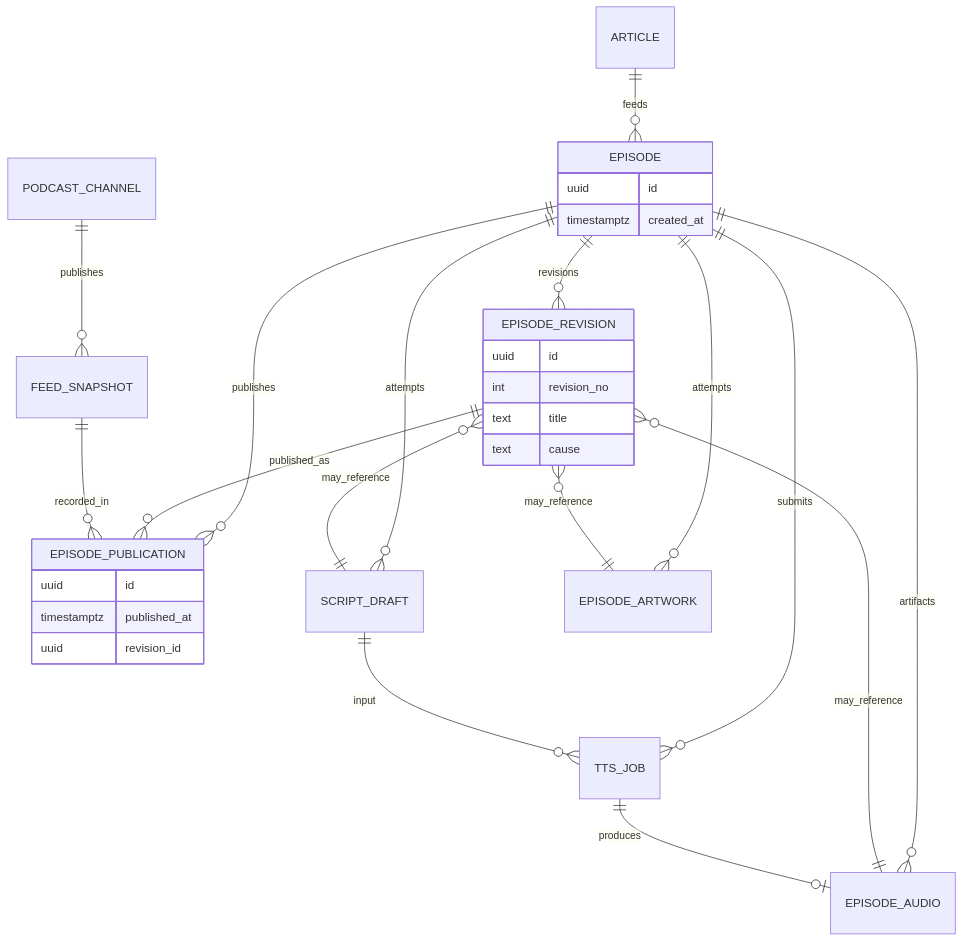
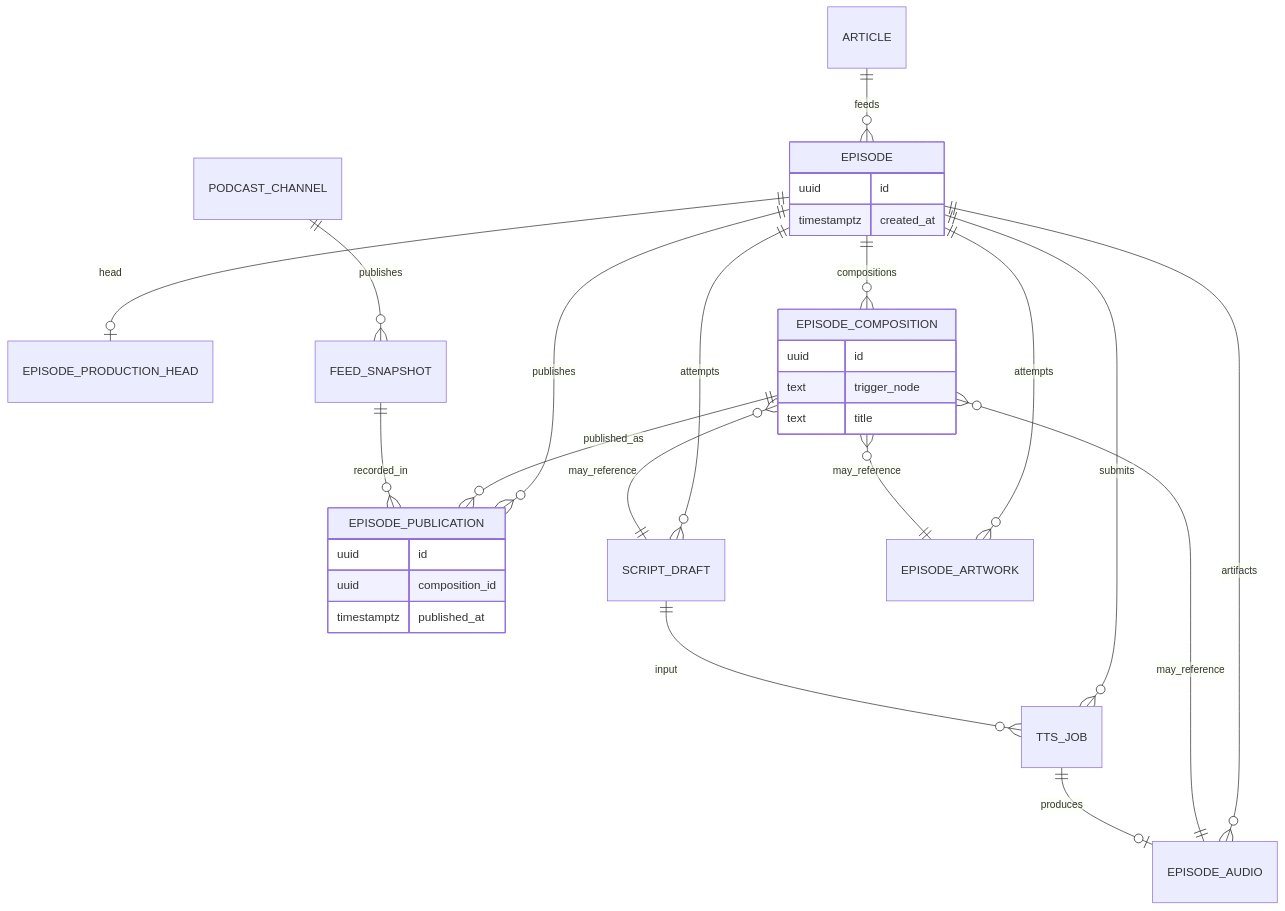
One commit to hskksk/podcaster changed the diagram in docs/architecture/podcast-craft-target-model.md. Above: the diagram before and after it, drawn with Mermaid. The commit also changed other lines of this file and 2 other files, not shown here.

Commit message:
docs(architecture): model episode production as DAG and composition

````diff
--- a/docs/architecture/podcast-craft-target-model.md
+++ b/docs/architecture/podcast-craft-target-model.md
@@ -275,36 +274,36 @@
 ```mermaid
 erDiagram
   ARTICLE ||--o{ EPISODE : feeds
-  EPISODE ||--o{ EPISODE_REVISION : revisions
+  EPISODE ||--o| EPISODE_PRODUCTION_HEAD : head
+  EPISODE ||--o{ EPISODE_COMPOSITION : compositions
   EPISODE ||--o{ EPISODE_PUBLICATION : publishes
   EPISODE ||--o{ SCRIPT_DRAFT : attempts
   EPISODE ||--o{ EPISODE_ARTWORK : attempts
   EPISODE ||--o{ TTS_JOB : submits
   EPISODE ||--o{ EPISODE_AUDIO : artifacts
-  EPISODE_REVISION }o--|| SCRIPT_DRAFT : may_reference
-  EPISODE_REVISION }o--|| EPISODE_AUDIO : may_reference
-  EPISODE_REVISION }o--|| EPISODE_ARTWORK : may_reference
-  EPISODE_REVISION ||--o{ EPISODE_PUBLICATION : published_as
+  EPISODE_COMPOSITION }o--|| SCRIPT_DRAFT : may_reference
+  EPISODE_COMPOSITION }o--|| EPISODE_AUDIO : may_reference
+  EPISODE_COMPOSITION }o--|| EPISODE_ARTWORK : may_reference
+  EPISODE_COMPOSITION ||--o{ EPISODE_PUBLICATION : published_as
   SCRIPT_DRAFT ||--o{ TTS_JOB : input
   TTS_JOB ||--o| EPISODE_AUDIO : produces
   FEED_SNAPSHOT ||--o{ EPISODE_PUBLICATION : recorded_in
   PODCAST_CHANNEL ||--o{ FEED_SNAPSHOT : publishes
 
   EPISODE {
     uuid id
     timestamptz created_at
   }
 
-  EPISODE_REVISION {
+  EPISODE_COMPOSITION {
     uuid id
-    int revision_no
+    text trigger_node
     text title
-    text cause
   }
 
   EPISODE_PUBLICATION {
     uuid id
+    uuid composition_id
     timestamptz published_at
-    uuid revision_id
   }
 ```
````
